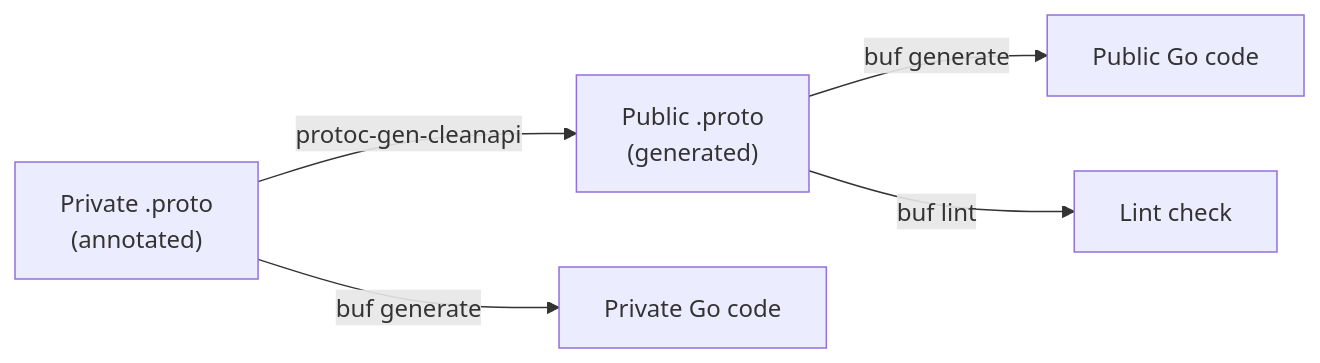
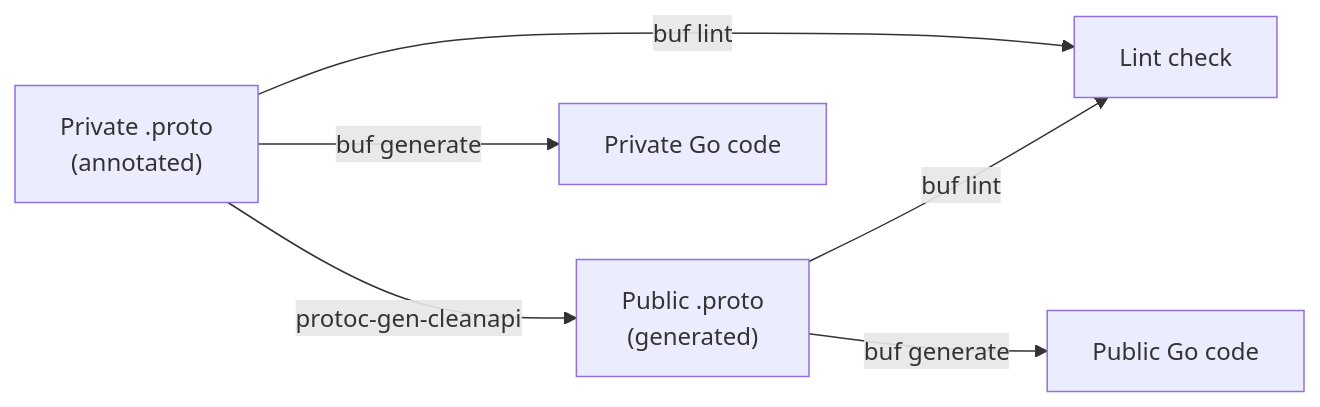
Before and after one commit to osac-project/enhancement-proposals: the diagram in enhancements/OSAC-1577-api-quality/design.md, drawn with Mermaid. The commit also changed other lines of this file, not shown here.

````diff
--- a/enhancements/OSAC-1577-api-quality/design.md
+++ b/enhancements/OSAC-1577-api-quality/design.md
@@ -70,7 +70,8 @@
 ```mermaid
 flowchart LR
     A["Private .proto<br/>(annotated)"] -->|protoc-gen-cleanapi| B["Public .proto<br/>(generated)"]
+    A -->|buf lint| E["Lint check"]
     A -->|buf generate| C["Private Go code"]
+    B -->|buf lint| E
     B -->|buf generate| D["Public Go code"]
-    B -->|buf lint| E["Lint check"]
 ```
````
